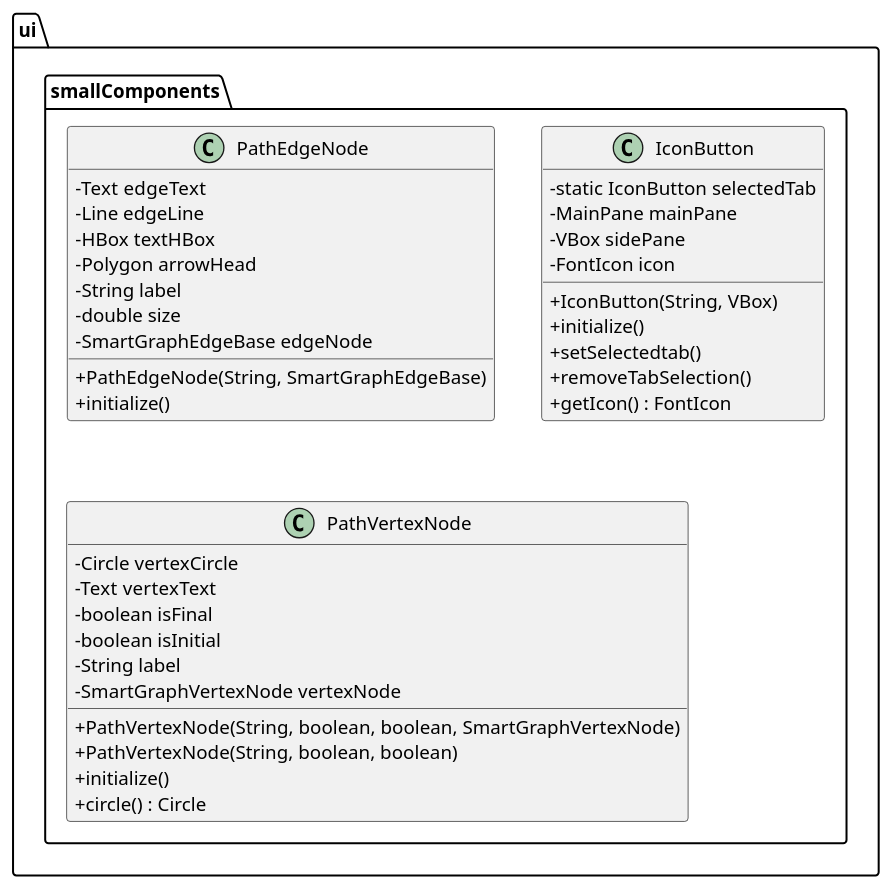
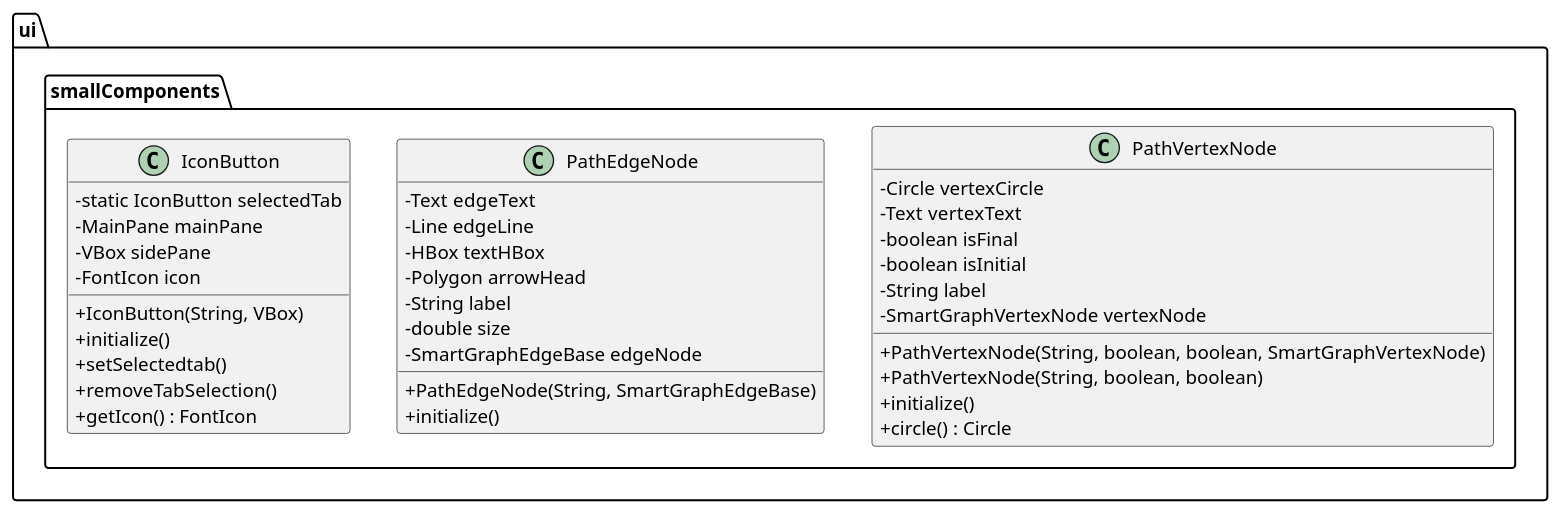
Before and after one commit to ZenoBogoni/Word-Automata: the diagram in plantUML/Class diagrams/SmallComponents.puml, drawn with PlantUML. The commit also changed 74 other files, not shown here.

```diff
--- a/plantUML/Class diagrams/SmallComponents.puml
+++ b/plantUML/Class diagrams/SmallComponents.puml
@@ -1,40 +1,42 @@
 @startuml
 package ui.smallComponents {
+    skinparam Linetype ortho
   skinparam classAttributeIconSize 0  
     class PathEdgeNode {
         - Text edgeText
         - Line edgeLine
         - HBox textHBox
         - Polygon arrowHead
         - String label
         - double size
         - SmartGraphEdgeBase edgeNode
         + PathEdgeNode(String, SmartGraphEdgeBase)
         + initialize()
     }
     class IconButton {
         - static IconButton selectedTab
         - MainPane mainPane
         - VBox sidePane
         - FontIcon icon
         + IconButton(String, VBox)
         + initialize()
         + setSelectedtab()
         + removeTabSelection()
         + getIcon() : FontIcon
     }
     class PathVertexNode {
     - Circle vertexCircle
     - Text vertexText
     - boolean isFinal
     - boolean isInitial
     - String label
     - SmartGraphVertexNode vertexNode
     + PathVertexNode(String, boolean, boolean, SmartGraphVertexNode)
     + PathVertexNode(String, boolean, boolean)
     + initialize()
     + circle() : Circle
 }
-
+PathVertexNode -[hidden]left- IconButton
+IconButton -[hidden]right- PathEdgeNode
 }
 @enduml
```
